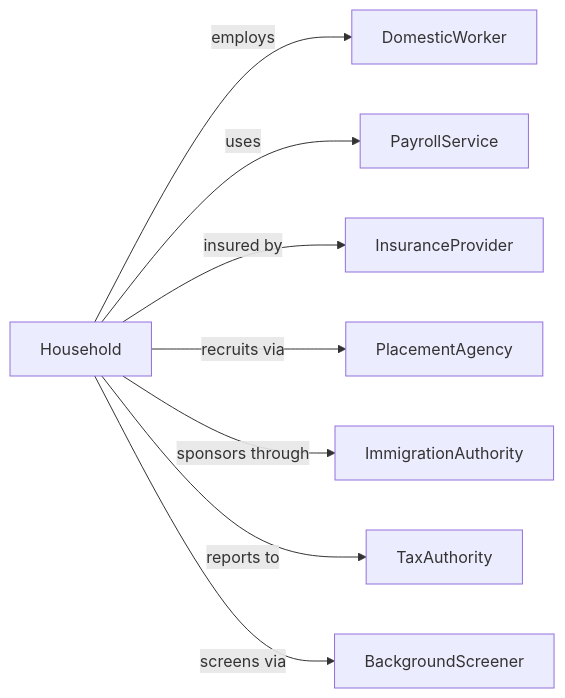
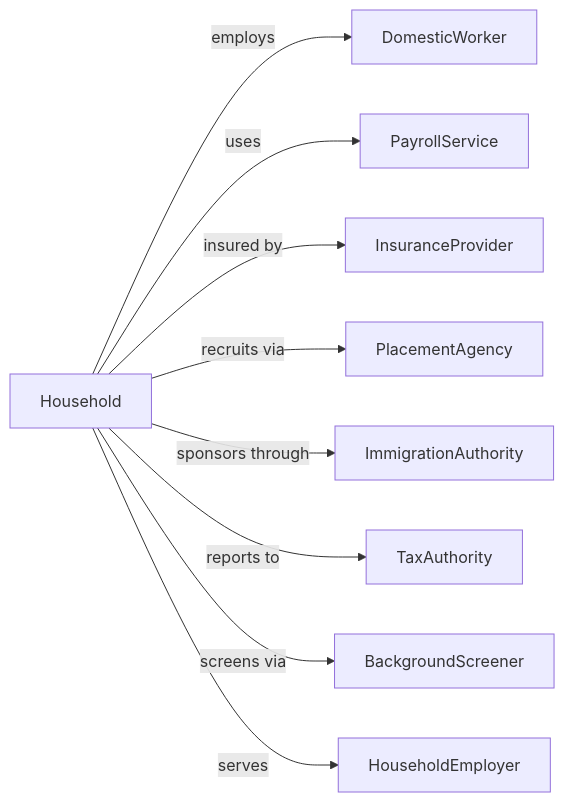
The second of 2 diagrams in OtherServices/PrivateHouseholds/PrivateHouseholds/PrivateHouseholds.mdx (dot-org-ai/industries.org.ai), drawn with Mermaid before and after one commit. The commit also changed other lines of this file and 588 other files, not shown here.

````diff
--- a/OtherServices/PrivateHouseholds/PrivateHouseholds/PrivateHouseholds.mdx
+++ b/OtherServices/PrivateHouseholds/PrivateHouseholds/PrivateHouseholds.mdx
@@ -139,12 +139,13 @@
 ```mermaid
 graph LR
     H[Household]
 
     H -->|employs| DomesticWorker
     H -->|uses| PayrollService
     H -->|insured by| InsuranceProvider
     H -->|recruits via| PlacementAgency
     H -->|sponsors through| ImmigrationAuthority
     H -->|reports to| TaxAuthority
     H -->|screens via| BackgroundScreener
+    H -->|serves| HouseholdEmployer
 ```
````
